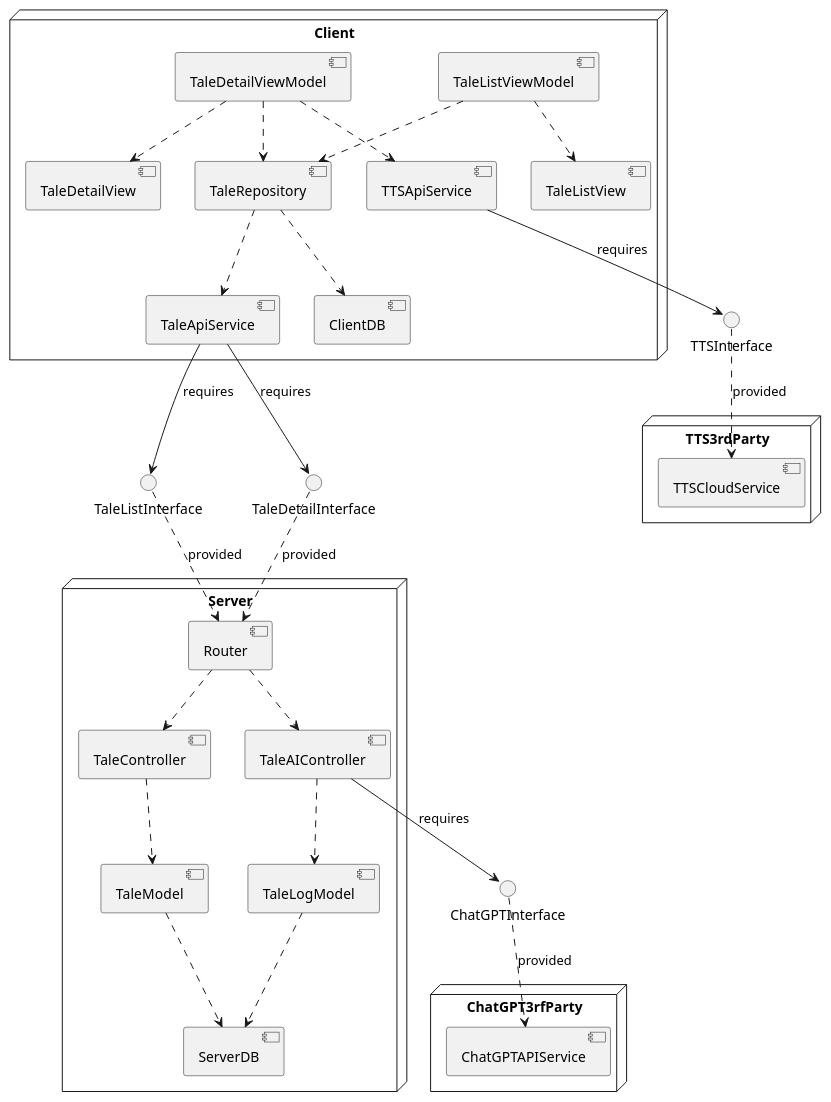
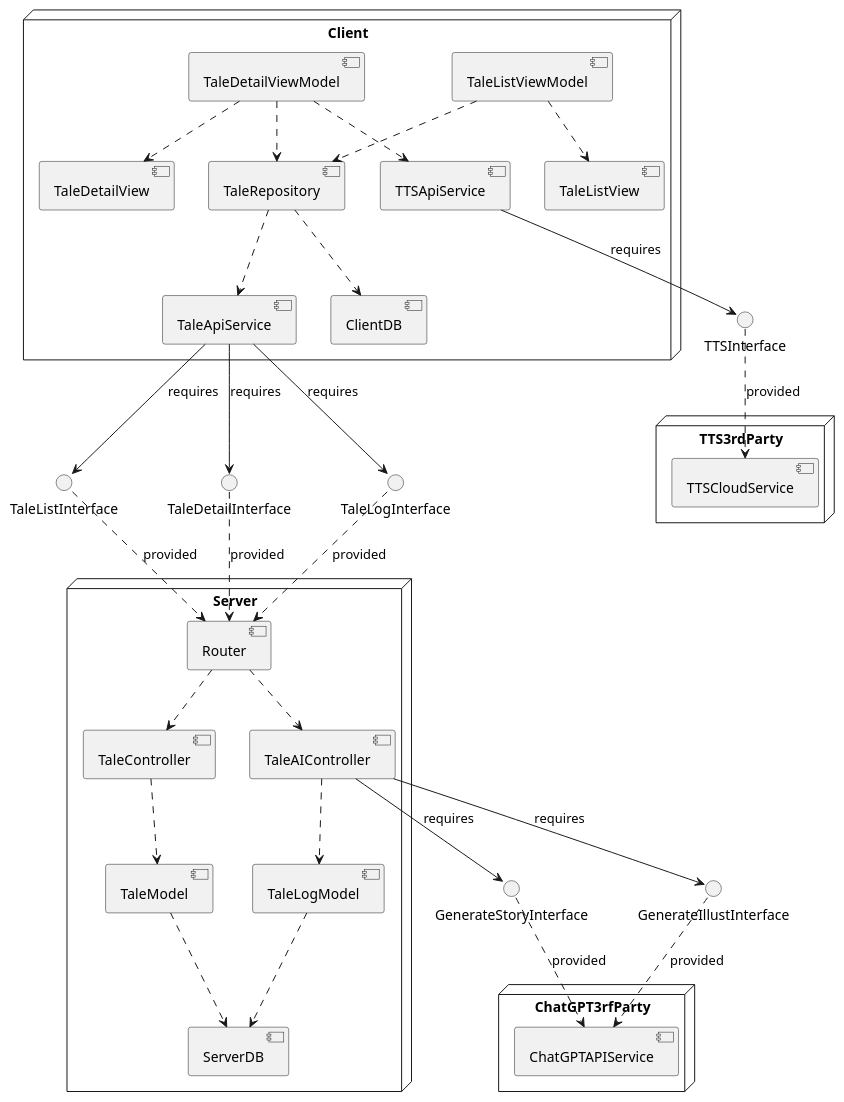
One commit to judy-juyeon-park/KTP522 changed the diagram in design/UML/LV2_component_phase2.wsd. Above: the diagram before and after it, drawn with PlantUML.

Commit message:
add interface

```diff
--- a/design/UML/LV2_component_phase2.wsd
+++ b/design/UML/LV2_component_phase2.wsd
@@ -1,75 +1,82 @@
 @startuml lv2_component
 
 node Client{
     
     component TaleRepository
     component TaleApiService
     component TTSApiService
 
     component TaleListViewModel
     component TaleDetailViewModel
 
 
     component TaleListView
     component TaleDetailView
 
     component ClientDB
 }
 
 
 
 node Server {
     component Router
     component TaleController
     component TaleAIController
     component TaleModel
     component TaleLogModel
     component ServerDB
 }
 
 node TTS3rdParty {
     component TTSCloudService
 }
 
 node ChatGPT3rfParty {
     component ChatGPTAPIService
 }
 
 interface TaleListInterface
 interface TaleDetailInterface
+interface TaleLogInterface
 interface TTSInterface
+
+interface GenerateStoryInterface
+interface GenerateIllustInterface
 
 
 Router ..> TaleController
 TaleController ..> TaleModel
 TaleModel ..> ServerDB
 
 Router ..> TaleAIController
 TaleAIController ..> TaleLogModel
 TaleLogModel ..> ServerDB
 
-TaleAIController --> ChatGPTInterface : requires
-ChatGPTInterface ..> ChatGPTAPIService : provided
+TaleAIController --> GenerateStoryInterface : requires
+TaleAIController --> GenerateIllustInterface : requires
+GenerateStoryInterface ..> ChatGPTAPIService : provided
+GenerateIllustInterface ..> ChatGPTAPIService : provided
 
 TaleRepository ..> ClientDB
 TaleRepository ..> TaleApiService
 TaleDetailViewModel ..> TTSApiService
 
 TaleListViewModel ..> TaleRepository
 TaleDetailViewModel ..> TaleRepository
 
 TaleListViewModel ..> TaleListView
 TaleDetailViewModel ..> TaleDetailView
 
 
 TTSInterface ..> TTSCloudService : provided
 TTSApiService --> TTSInterface : requires
 
 TaleListInterface ..> Router : provided
 TaleDetailInterface ..> Router : provided
+TaleLogInterface ..> Router : provided
 TaleApiService --> TaleListInterface : requires
 TaleApiService --> TaleDetailInterface : requires
-
+TaleApiService --> TaleLogInterface : requires
 
 
 @enduml
```
